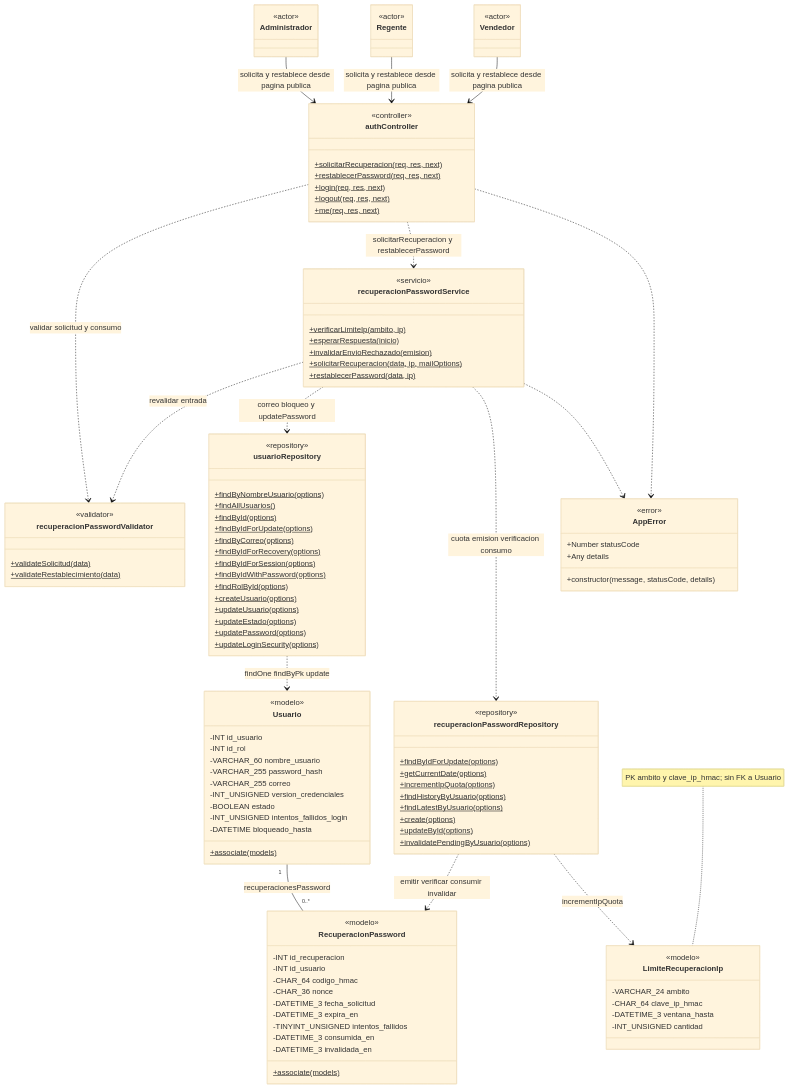
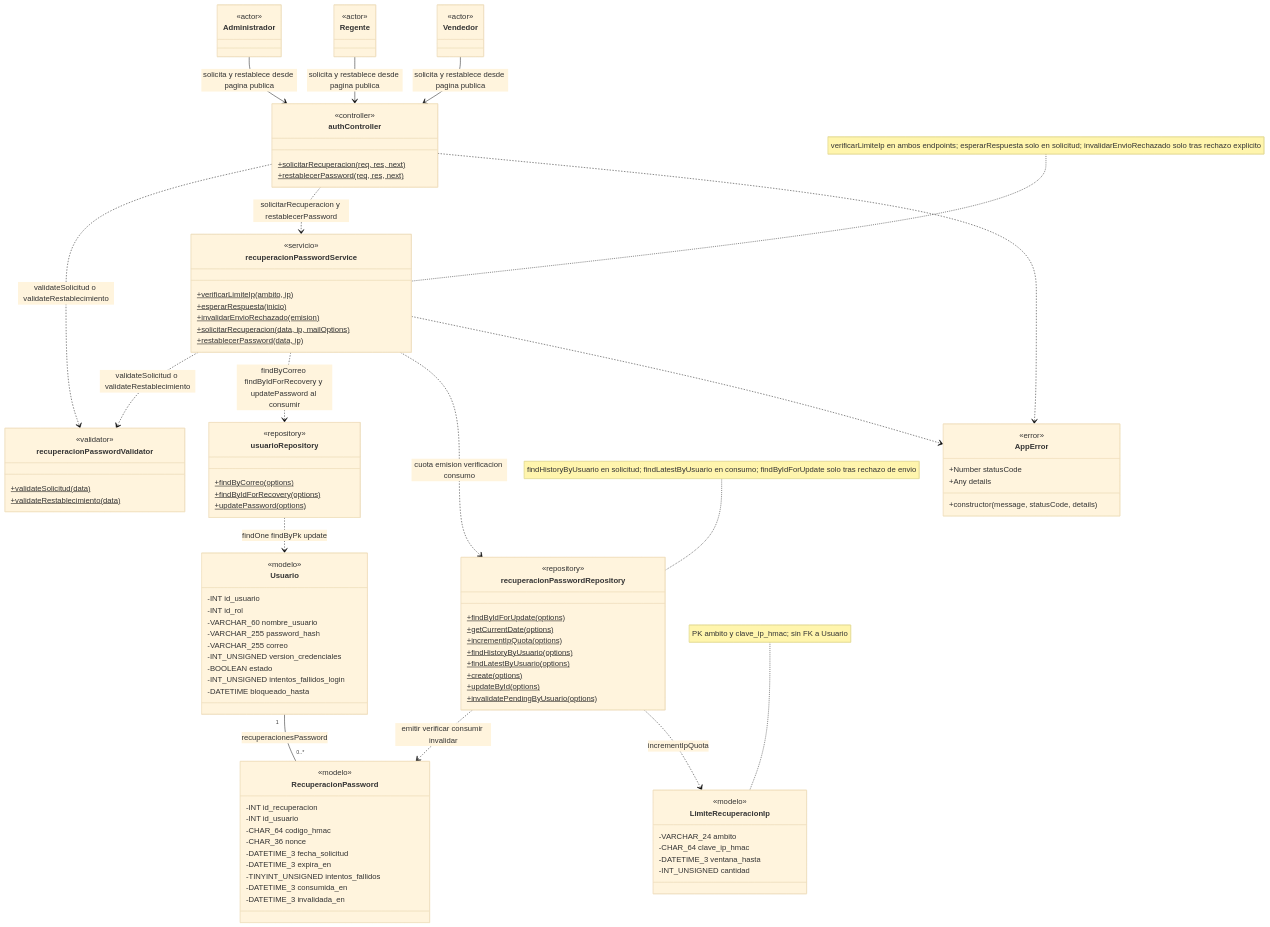
One commit to CreepyBowDev/cadefar-inventory-system changed the tenth of 34 diagrams in docs/ai/analisis-clase.md. Above: the diagram before and after it, drawn with Mermaid (base theme). The commit also changed other lines of this file, not shown here.

````diff
--- a/docs/ai/analisis-clase.md
+++ b/docs/ai/analisis-clase.md
@@ -1242,9 +1099,6 @@
         <<controller>>
         +solicitarRecuperacion(req, res, next)$
         +restablecerPassword(req, res, next)$
-        +login(req, res, next)$
-        +logout(req, res, next)$
-        +me(req, res, next)$
     }
     class recuperacionPasswordValidator {
         <<validator>>
@@ -1261,20 +1115,9 @@
     }
     class usuarioRepository {
         <<repository>>
-        +findByNombreUsuario(options)$
-        +findAllUsuarios()$
-        +findById(options)$
-        +findByIdForUpdate(options)$
         +findByCorreo(options)$
         +findByIdForRecovery(options)$
-        +findByIdForSession(options)$
-        +findByIdWithPassword(options)$
-        +findRolById(options)$
-        +createUsuario(options)$
-        +updateUsuario(options)$
-        +updateEstado(options)$
         +updatePassword(options)$
-        +updateLoginSecurity(options)$
     }
     class recuperacionPasswordRepository {
         <<repository>>
@@ -1298,7 +1141,6 @@
         -BOOLEAN estado
         -INT_UNSIGNED intentos_fallidos_login
         -DATETIME bloqueado_hasta
-        +associate(models)$
     }
     class RecuperacionPassword {
         <<modelo>>
@@ -1311,7 +1153,6 @@
         -TINYINT_UNSIGNED intentos_fallidos
         -DATETIME_3 consumida_en
         -DATETIME_3 invalidada_en
-        +associate(models)$
     }
     class LimiteRecuperacionIp {
         <<modelo>>
@@ -1329,11 +1170,11 @@
     Administrador --> authController : solicita y restablece desde pagina publica
     Regente --> authController : solicita y restablece desde pagina publica
     Vendedor --> authController : solicita y restablece desde pagina publica
-    authController ..> recuperacionPasswordValidator : validar solicitud y consumo
+    authController ..> recuperacionPasswordValidator : validateSolicitud o validateRestablecimiento
     authController ..> recuperacionPasswordService : solicitarRecuperacion y restablecerPassword
     authController ..> AppError
-    recuperacionPasswordService ..> recuperacionPasswordValidator : revalidar entrada
-    recuperacionPasswordService ..> usuarioRepository : correo bloqueo y updatePassword
+    recuperacionPasswordService ..> recuperacionPasswordValidator : validateSolicitud o validateRestablecimiento
+    recuperacionPasswordService ..> usuarioRepository : findByCorreo findByIdForRecovery y updatePassword al consumir
     recuperacionPasswordService ..> recuperacionPasswordRepository : cuota emision verificacion consumo
     recuperacionPasswordService ..> AppError
     usuarioRepository ..> Usuario : findOne findByPk update
@@ -1341,4 +1182,6 @@
     recuperacionPasswordRepository ..> LimiteRecuperacionIp : incrementIpQuota
     Usuario "1" -- "0..*" RecuperacionPassword : recuperacionesPassword
     note for LimiteRecuperacionIp "PK ambito y clave_ip_hmac; sin FK a Usuario"
+    note for recuperacionPasswordService "verificarLimiteIp en ambos endpoints; esperarRespuesta solo en solicitud; invalidarEnvioRechazado solo tras rechazo explicito"
+    note for recuperacionPasswordRepository "findHistoryByUsuario en solicitud; findLatestByUsuario en consumo; findByIdForUpdate solo tras rechazo de envio"
 ```
````
